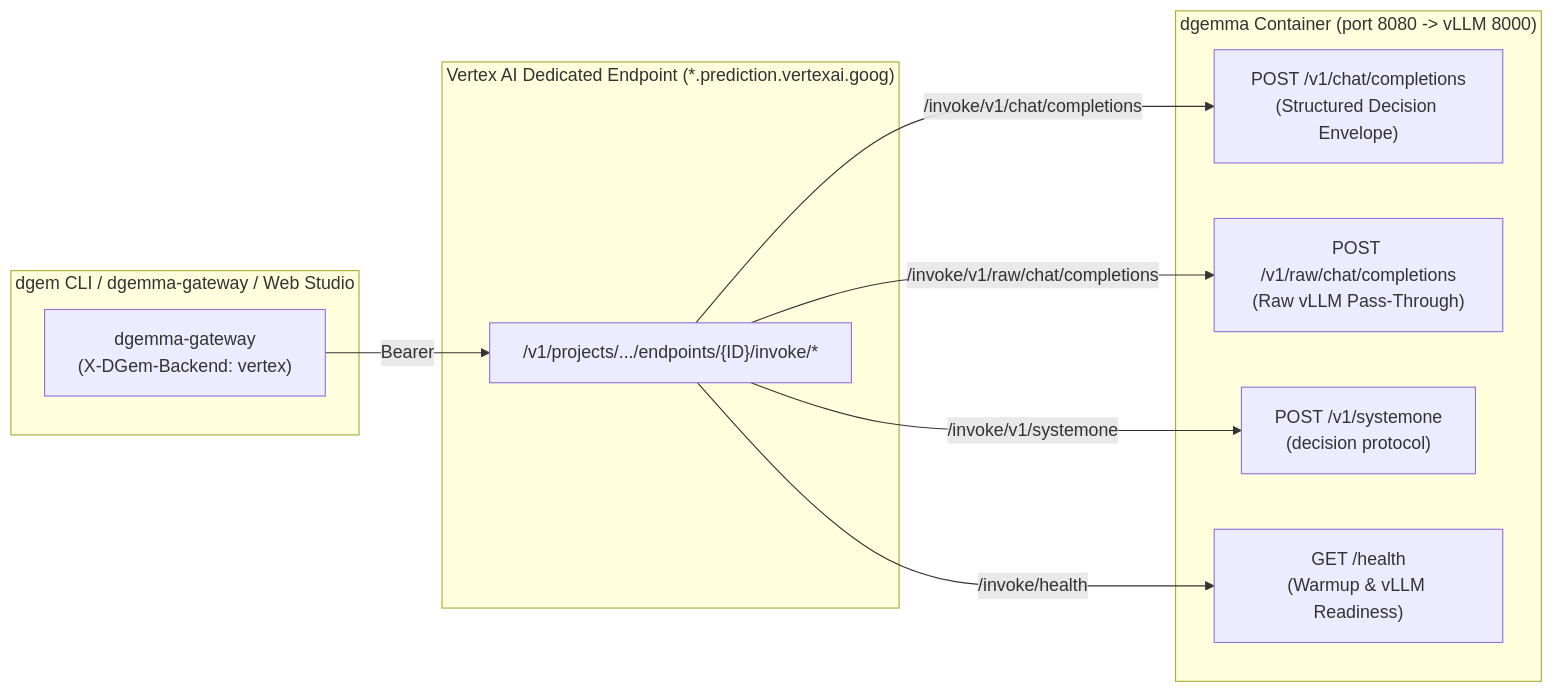
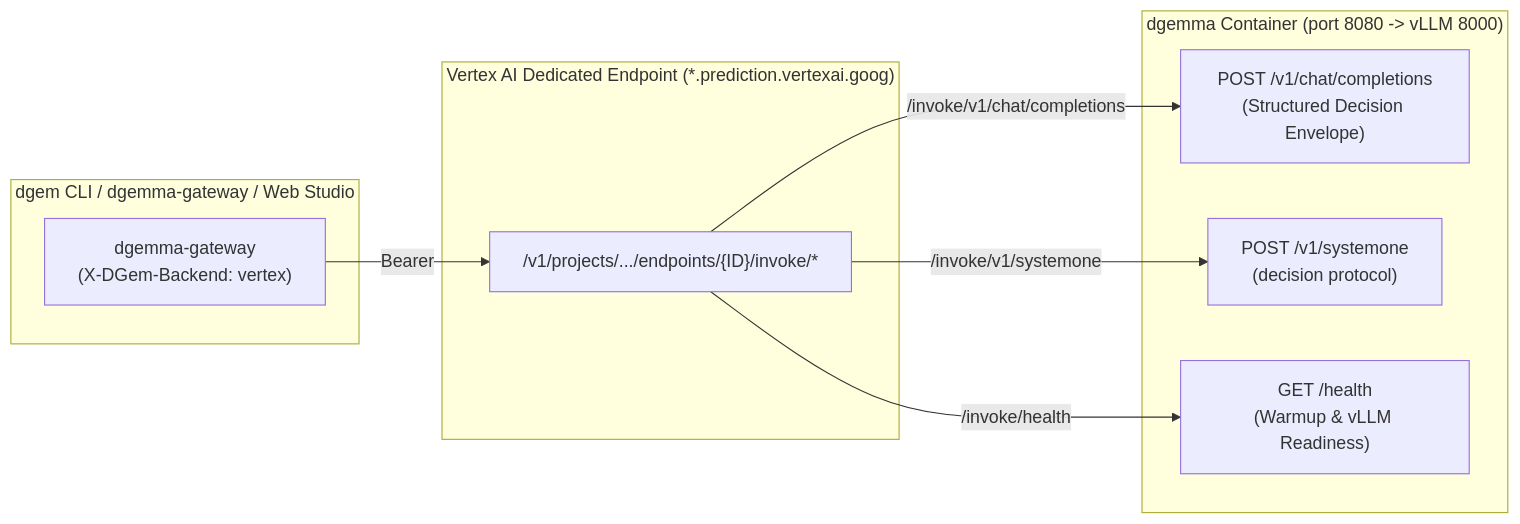
Before and after one commit to GoogleCloudPlatform/dgem: the diagram in docs/reference/vertex-vs-cloud-run.md, drawn with Mermaid. The commit also changed other lines of this file and 85 other files, not shown here.

````diff
--- a/docs/reference/vertex-vs-cloud-run.md
+++ b/docs/reference/vertex-vs-cloud-run.md
@@ -27,23 +28,21 @@
 ```mermaid
 flowchart LR
   subgraph Client["dgem CLI / dgemma-gateway / Web Studio"]
     GW["dgemma-gateway\n(X-DGem-Backend: vertex)"]
   end
 
   subgraph Vertex["Vertex AI Dedicated Endpoint (*.prediction.vertexai.goog)"]
     INV["/v1/projects/.../endpoints/{ID}/invoke/*"]
   end
 
   subgraph Container["dgemma Container (port 8080 -> vLLM 8000)"]
     R1["POST /v1/chat/completions\n(Structured Decision Envelope)"]
-    R2["POST /v1/raw/chat/completions\n(Raw vLLM Pass-Through)"]
     R3["POST /v1/systemone\n(decision protocol)"]
     R4["GET /health\n(Warmup & vLLM Readiness)"]
   end
 
   GW -->|"Bearer <OAuth2 cloud-platform>"| INV
   INV -->|"/invoke/v1/chat/completions"| R1
-  INV -->|"/invoke/v1/raw/chat/completions"| R2
   INV -->|"/invoke/v1/systemone"| R3
   INV -->|"/invoke/health"| R4
 ```
````
